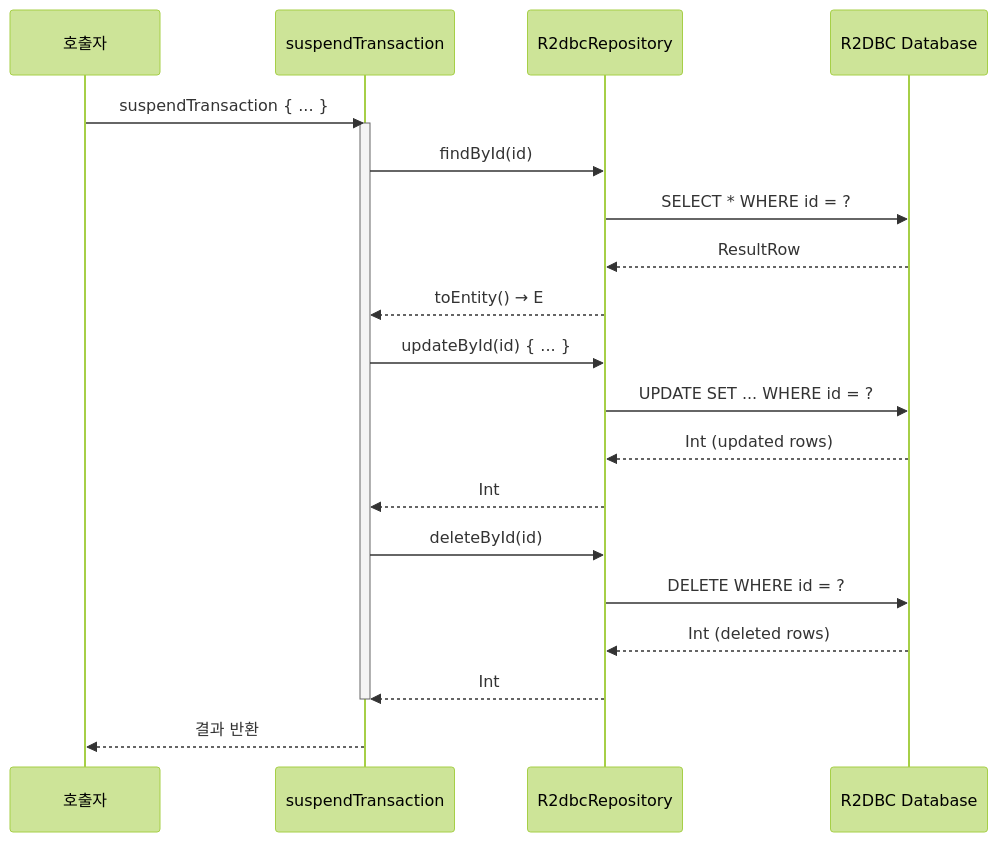
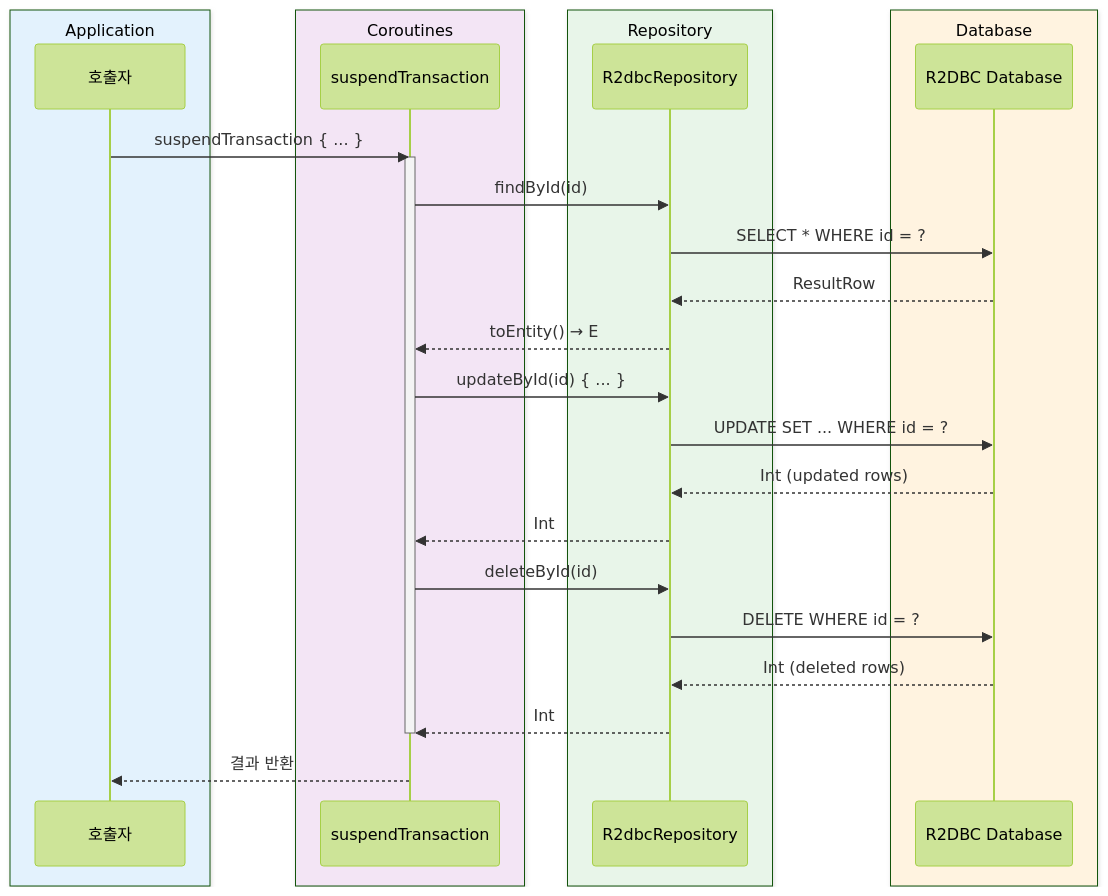
The third of 4 diagrams in data/exposed-r2dbc/README.ko.md (bluetape4k/bluetape4k-projects), drawn with Mermaid (forest theme) before and after one commit. The commit also changed other lines of this file and 221 other files, not shown here.

First line of the commit message:
docs: 전체 모듈 README UML 다이어그램 보강 및 색상 업그레이드

````diff
--- a/data/exposed-r2dbc/README.ko.md
+++ b/data/exposed-r2dbc/README.ko.md
@@ -280,28 +289,36 @@
 ```mermaid
 sequenceDiagram
-    participant C as 호출자
-    participant T as suspendTransaction
-    participant R as R2dbcRepository
-    participant DB as R2DBC Database
+    box rgb(227, 242, 253) Application
+        participant C as 호출자
+    end
+    box rgb(243, 229, 245) Coroutines
+        participant T as suspendTransaction
+    end
+    box rgb(232, 245, 233) Repository
+        participant R as R2dbcRepository
+    end
+    box rgb(255, 243, 224) Database
+        participant DB as R2DBC Database
+    end
 
     C->>T: suspendTransaction { ... }
     activate T
 
     T->>R: findById(id)
     R->>DB: SELECT * WHERE id = ?
     DB-->>R: ResultRow
     R-->>T: toEntity() → E
 
     T->>R: updateById(id) { ... }
     R->>DB: UPDATE SET ... WHERE id = ?
     DB-->>R: Int (updated rows)
     R-->>T: Int
 
     T->>R: deleteById(id)
     R->>DB: DELETE WHERE id = ?
     DB-->>R: Int (deleted rows)
     R-->>T: Int
 
     deactivate T
     T-->>C: 결과 반환
 ```
````
